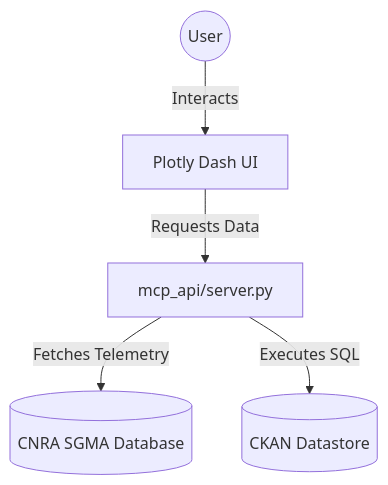
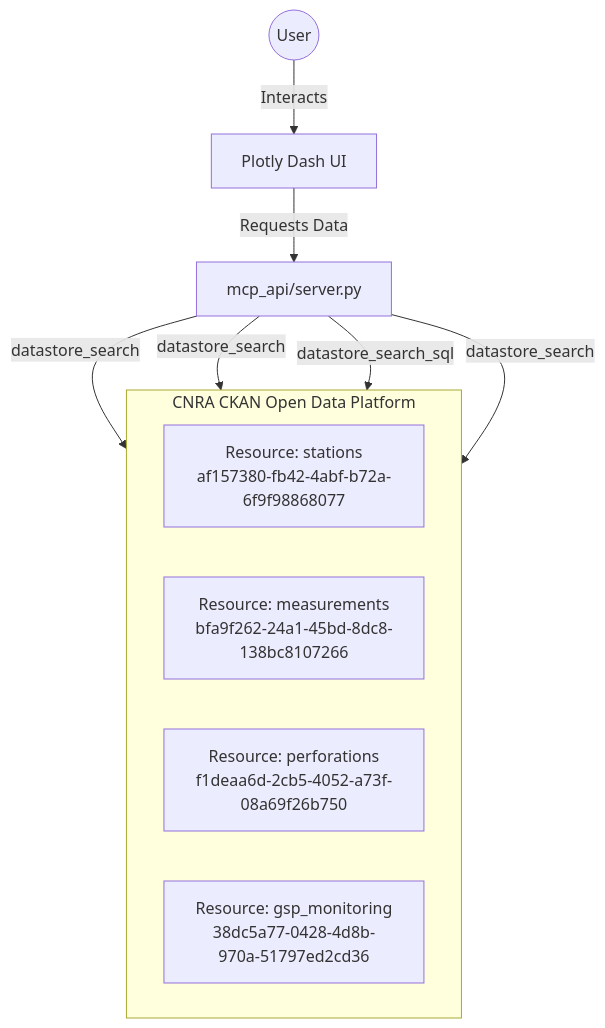
The diagram in README.md (hhaeri/cnra_gw_dashboard), drawn with Mermaid before and after one commit.

````diff
--- a/README.md
+++ b/README.md
@@ -16,7 +16,18 @@
 ```mermaid
 graph TD;
     User((User)) -->|Interacts| UI[Plotly Dash UI]
     UI -->|Requests Data| MCP[mcp_api/server.py]
-    MCP -->|Fetches Telemetry| CNRA[(CNRA SGMA Database)]
-    MCP -->|Executes SQL| CKAN[(CKAN Datastore)]
+    
+    subgraph CNRA CKAN Open Data Platform
+        direction LR
+        ST[Resource: stations<br/>af157380-fb42-4abf-b72a-6f9f98868077]
+        MS[Resource: measurements<br/>bfa9f262-24a1-45bd-8dc8-138bc8107266]
+        PF[Resource: perforations<br/>f1deaa6d-2cb5-4052-a73f-08a69f26b750]
+        GS[Resource: gsp_monitoring<br/>38dc5a77-0428-4d8b-970a-51797ed2cd36]
+    end
+
+    MCP -->|datastore_search| ST
+    MCP -->|datastore_search| PF
+    MCP -->|datastore_search_sql| MS
+    MCP -->|datastore_search| GS
 ```
````
